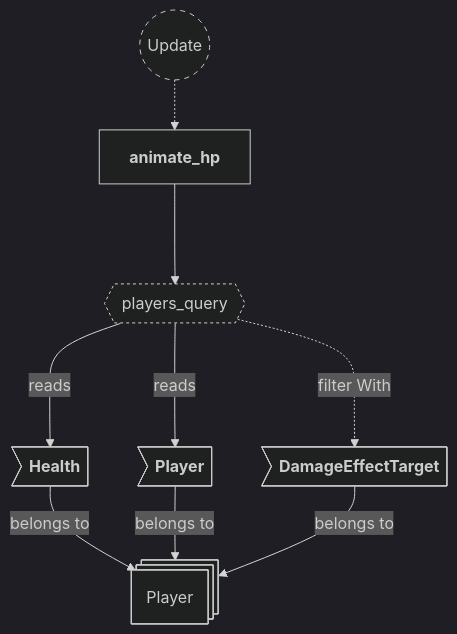
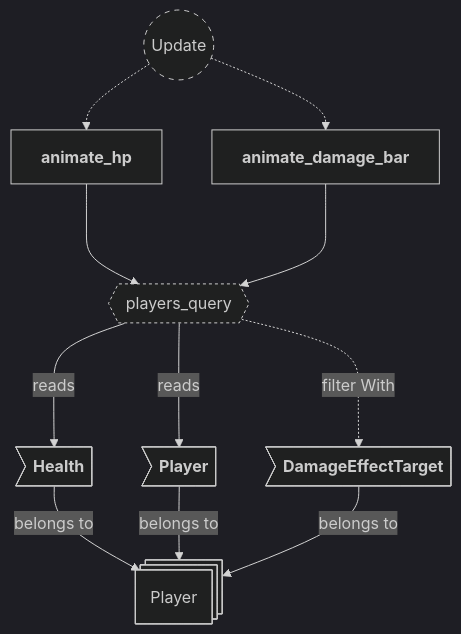
Diagram 13 of 15 in backlog/docs/doc-14 - 012-HUD-plugin.md (neurosoup/tyled), drawn with Mermaid before and after one commit. The commit also changed other lines of this file, not shown here.

First line of the commit message:
Finish HUD plugin doc CRUD/mermaid sections for DamageBar queries

````diff
--- a/backlog/docs/doc-14 - 012-HUD-plugin.md
+++ b/backlog/docs/doc-14 - 012-HUD-plugin.md
@@ -532,28 +533,31 @@
 ```mermaid
 ---
 config:
   theme: dark
 ---
 
 flowchart TD
 classDef system-group stroke-dasharray: 5 5
 classDef query stroke-dasharray: 3 3
 
 update(("`Update`")):::system-group
 animate_hp["`**animate_hp**`"]
+animate_damage_bar["`**animate_damage_bar**`"]
 
 update -.-> animate_hp
+update -.-> animate_damage_bar
 
 players_query{{"`players_query`"}}:::query
 animate_hp ---> players_query
+animate_damage_bar ---> players_query
 
 player_entity@{ shape: st-rect, label: "Player" }
 
 pe_health>"`**Health**`"] --> |belongs to| player_entity
 pe_player>"`**Player**`"] --> |belongs to| player_entity
 pe_marker>"`**DamageEffectTarget**`"] --> |belongs to| player_entity
 
 players_query ---> |reads| pe_health
 players_query ---> |reads| pe_player
 players_query -..-> |filter With| pe_marker
 ```
````
